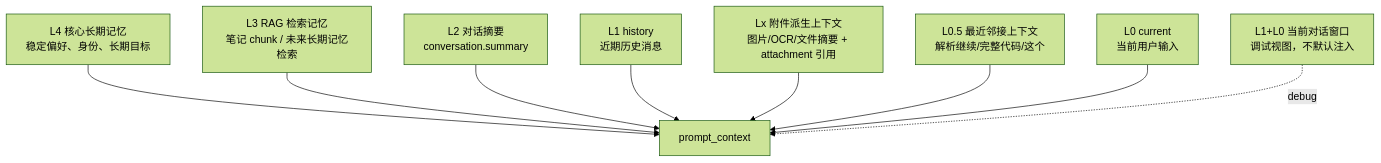
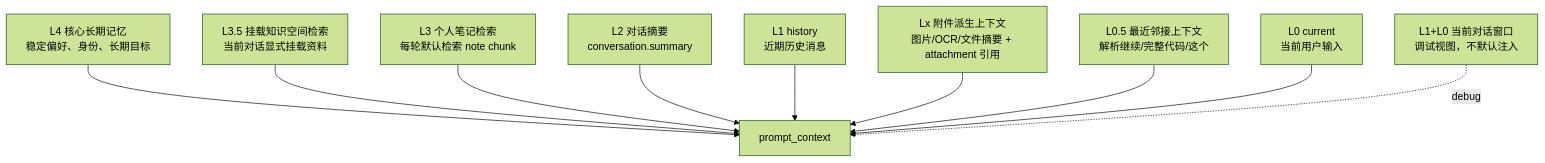
One commit to LiuJiaxuan1024/AiMemo changed the first of 2 diagrams in docs/agent/context-pyramid.md. Above: the diagram before and after it, drawn with Mermaid (forest theme). The commit also changed other lines of this file and 9 other files, not shown here.

````diff
--- a/docs/agent/context-pyramid.md
+++ b/docs/agent/context-pyramid.md
@@ -27,11 +27,12 @@
 ```mermaid
 flowchart TB
     L4[L4 核心长期记忆<br/>稳定偏好、身份、长期目标] --> Prompt[prompt_context]
-    L3[L3 RAG 检索记忆<br/>笔记 chunk / 未来长期记忆检索] --> Prompt
+    L35[L3.5 挂载知识空间检索<br/>当前对话显式挂载资料] --> Prompt
+    L3[L3 个人笔记检索<br/>每轮默认检索 note chunk] --> Prompt
     L2[L2 对话摘要<br/>conversation.summary] --> Prompt
     L1[L1 history<br/>近期历史消息] --> Prompt
     LX[Lx 附件派生上下文<br/>图片/OCR/文件摘要 + attachment 引用] --> Prompt
     L05[L0.5 最近邻接上下文<br/>解析继续/完整代码/这个] --> Prompt
     L0[L0 current<br/>当前用户输入] --> Prompt
     Window[L1+L0 当前对话窗口<br/>调试视图，不默认注入] -. debug .-> Prompt
 ```
````
